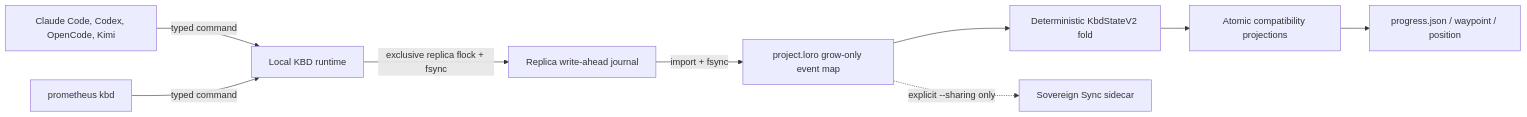
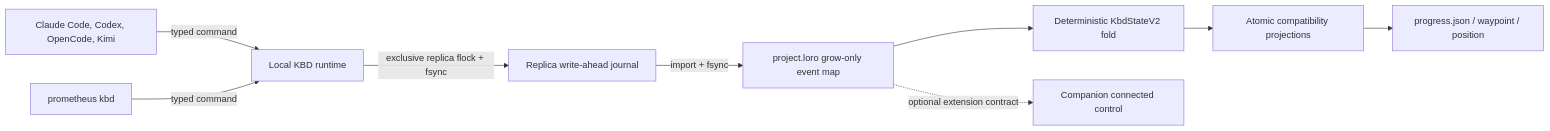
Before and after one commit to Prometheus-AGS/prometheus-skill-system: the diagram in site/docs/kbd/control-plane.md, drawn with Mermaid. The commit also changed other lines of this file and 944 other files, not shown here.

````diff
--- a/site/docs/kbd/control-plane.md
+++ b/site/docs/kbd/control-plane.md
@@ -17,11 +17,11 @@
 ```mermaid
 flowchart LR
     H["Claude Code, Codex, OpenCode, Kimi"] -->|"typed command"| R["Local KBD runtime"]
     CLI["prometheus kbd"] -->|"typed command"| R
     R -->|"exclusive replica flock + fsync"| E["Replica write-ahead journal"]
     E -->|"import + fsync"| L["project.loro grow-only event map"]
     L --> S["Deterministic KbdStateV2 fold"]
     S --> P["Atomic compatibility projections"]
     P --> F["progress.json / waypoint / position"]
-    L -. "explicit --sharing only" .-> SS["Sovereign Sync sidecar"]
+    L -. "optional extension contract" .-> SS["Companion connected control"]
 ```
````
